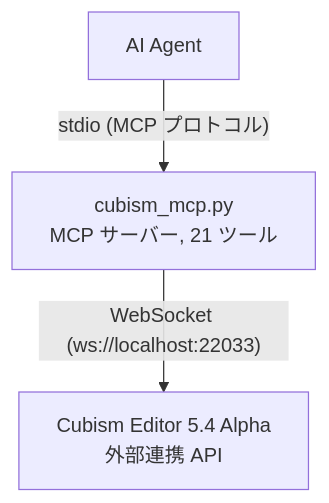
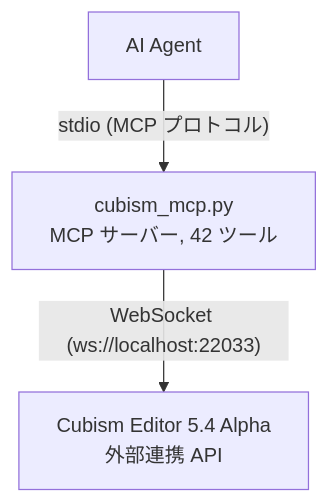
The diagram in i18n/README_JA.md (nana7chi/CubismExternalEditMCP), drawn with Mermaid before and after one commit. The commit also changed 5 other files, not shown here.

````diff
--- a/i18n/README_JA.md
+++ b/i18n/README_JA.md
@@ -20,9 +20,9 @@
 ```mermaid
 graph TD
     AI["AI Agent"]
-    MCP["cubism_mcp.py<br/>MCP サーバー, 21 ツール"]
+    MCP["cubism_mcp.py<br/>MCP サーバー, 42 ツール"]
     Editor["Cubism Editor 5.4 Alpha<br/>外部連携 API"]
 
     AI -->|"stdio (MCP プロトコル)"| MCP
     MCP -->|"WebSocket (ws://localhost:22033)"| Editor
 ```
````
